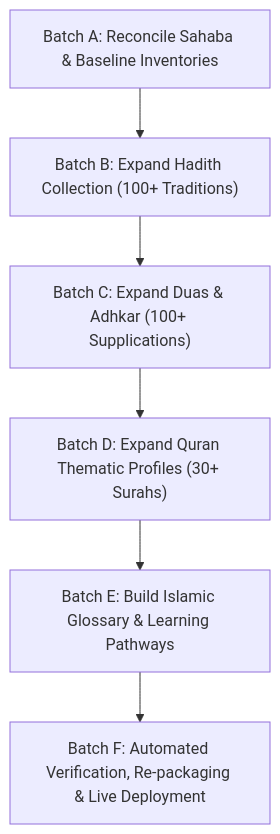
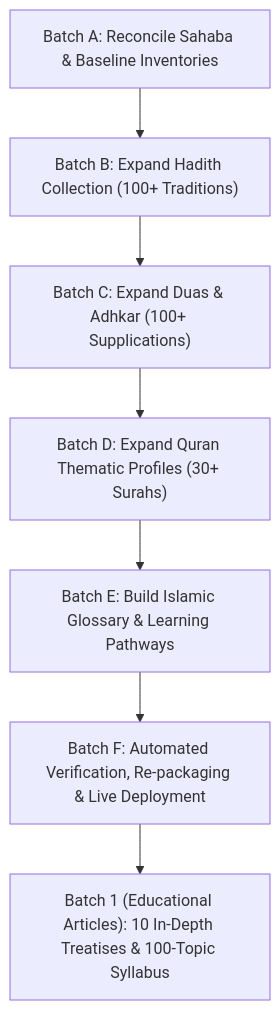
One commit to jjjffdfde/NoorDeen changed the diagram in reports/CONTENT_GAPS.md. Above: the diagram before and after it, drawn with Mermaid. The commit also changed other lines of this file and 44 other files, not shown here.

Commit message:
feat: publish Batch 1 deep knowledge educational articles (10 comprehensive treatises, 100-topic syllabus roadmap, 201,759 words, 1,250 passing tests)

````diff
--- a/reports/CONTENT_GAPS.md
+++ b/reports/CONTENT_GAPS.md
@@ -41,8 +41,9 @@
 ```mermaid
 flowchart TD
   B1["Batch A: Reconcile Sahaba & Baseline Inventories"] --> B2["Batch B: Expand Hadith Collection (100+ Traditions)"]
   B2 --> B3["Batch C: Expand Duas & Adhkar (100+ Supplications)"]
   B3 --> B4["Batch D: Expand Quran Thematic Profiles (30+ Surahs)"]
   B4 --> B5["Batch E: Build Islamic Glossary & Learning Pathways"]
   B5 --> B6["Batch F: Automated Verification, Re-packaging & Live Deployment"]
+  B6 --> B7["Batch 1 (Educational Articles): 10 In-Depth Treatises & 100-Topic Syllabus"]
 ```
````
